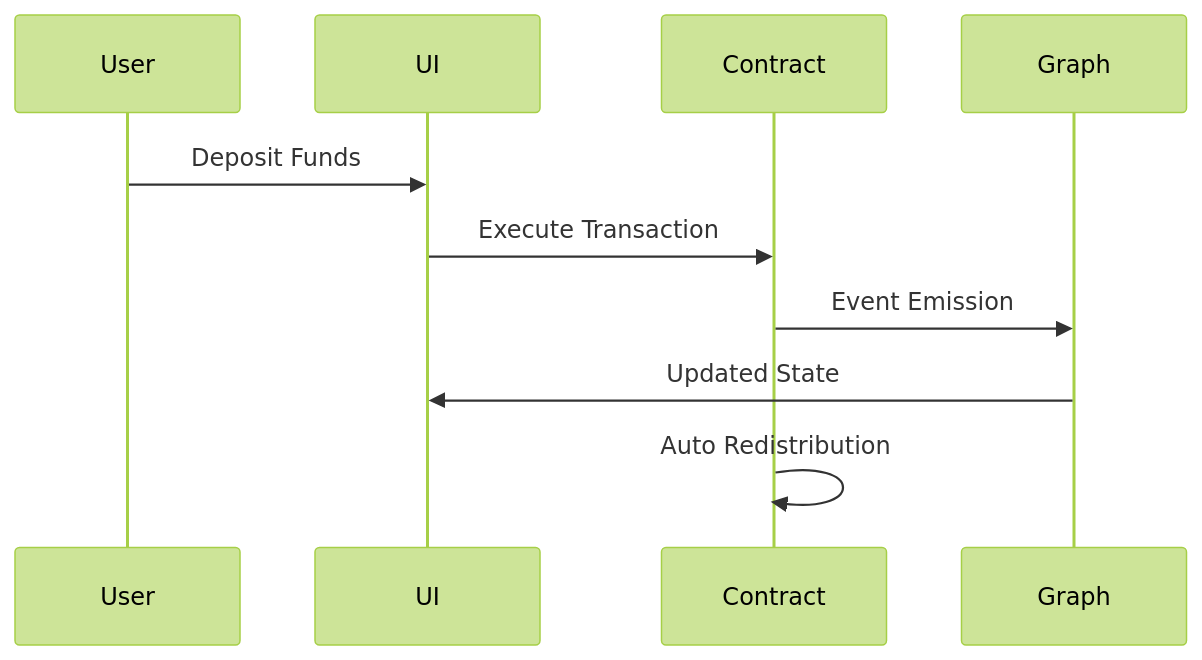
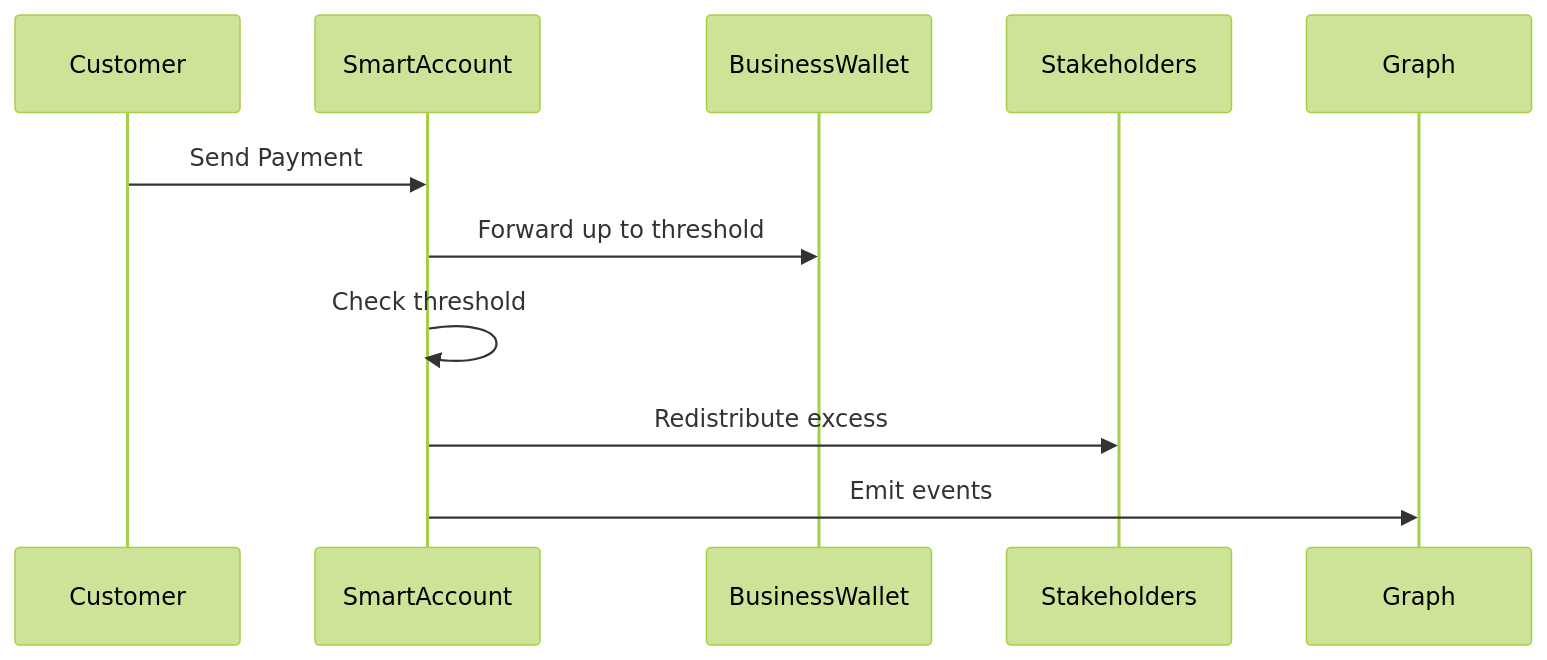
The second of 2 diagrams in documentation/architecture.md (syntrofi/capz), drawn with Mermaid (forest theme) before and after one commit. The commit also changed other lines of this file, not shown here.

````diff
--- a/documentation/architecture.md
+++ b/documentation/architecture.md
@@ -52,13 +89,13 @@
 ```mermaid
 sequenceDiagram
-    participant User
-    participant UI
-    participant Contract
-    participant Graph
-
-    User->>UI: Deposit Funds
-    UI->>Contract: Execute Transaction
-    Contract->>Graph: Event Emission
-    Graph->>UI: Updated State
-    Contract->>Contract: Auto Redistribution
+    participant Customer
+    participant SmartAccount
+    participant BusinessWallet
+    participant Stakeholders
+    
+    Customer->>SmartAccount: Send Payment
+    SmartAccount->>BusinessWallet: Forward up to threshold
+    SmartAccount->>SmartAccount: Check threshold
+    SmartAccount->>Stakeholders: Redistribute excess
+    SmartAccount->>Graph: Emit events
 ```
````
